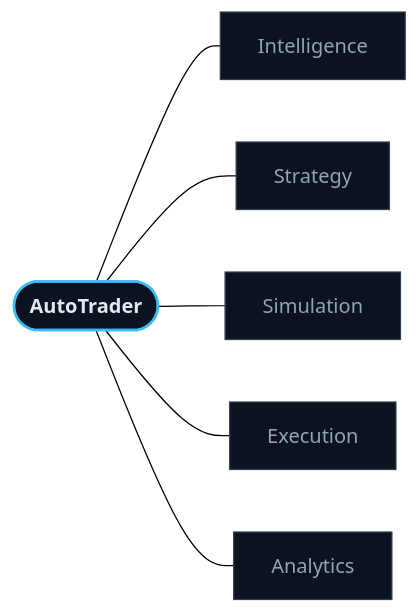
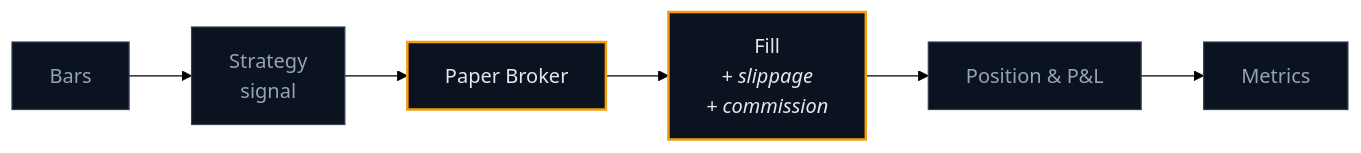
One commit to wealthwise-advisors/trading-platform changed the third of 5 diagrams in README.md. Above: the diagram before and after it, drawn with Mermaid (forest theme). The commit also changed other lines of this file and 22 other files, not shown here.

````diff
--- a/README.md
+++ b/README.md
@@ -238,14 +309,13 @@
 ```mermaid
 flowchart LR
-    AT(["<b>AutoTrader</b>"])
-    AT --- IN["Intelligence"]
-    AT --- ST["Strategy"]
-    AT --- SI["Simulation"]
-    AT --- EX["Execution"]
-    AT --- AN["Analytics"]
+    D["Bars"] --> S["Strategy<br/>signal"]
+    S --> B["Paper Broker"]
+    B --> F["Fill<br/><i>+ slippage<br/>+ commission</i>"]
+    F --> PL["Position & P&L"]
+    PL --> M["Metrics"]
 
-    classDef root fill:#0b1220,stroke:#38bdf8,stroke-width:2px,color:#e2e8f0
-    classDef leaf fill:#0b1220,stroke:#334155,stroke-width:1px,color:#94a3b8
-    class AT root
-    class IN,ST,SI,EX,AN leaf
+    classDef n fill:#0b1220,stroke:#334155,stroke-width:1px,color:#94a3b8
+    classDef h fill:#0b1220,stroke:#f59e0b,stroke-width:2px,color:#e2e8f0
+    class D,S,PL,M n
+    class B,F h
 ```
````
